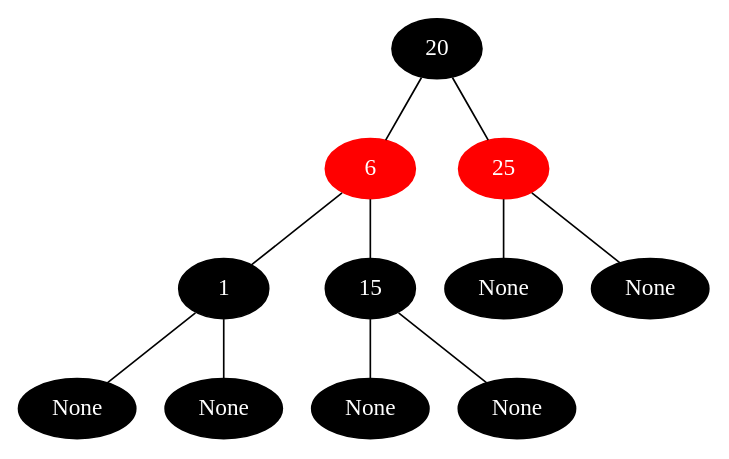
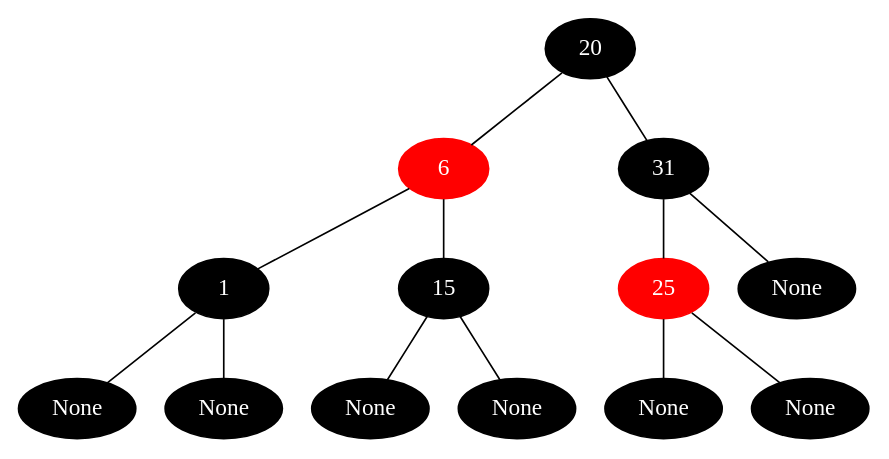
Before and after one commit to UofA522/Project2: the diagram in rbt_after_delete.dot, drawn with Graphviz. The commit also changed 3 other files, not shown here.

```diff
--- a/rbt_after_delete.dot
+++ b/rbt_after_delete.dot
@@ -1,23 +1,27 @@
 graph {
 	 0 [label="20", color=black, style=filled, fontcolor=white];
 	 1 [label="6", color=red, style=filled, fontcolor=white];
 	 2 [label="1", color=black, style=filled, fontcolor=white];
 	 3 [label="None", color=black, style=filled, fontcolor=white];
 	 4 [label="None", color=black, style=filled, fontcolor=white];
 	 5 [label="15", color=black, style=filled, fontcolor=white];
 	 6 [label="None", color=black, style=filled, fontcolor=white];
 	 7 [label="None", color=black, style=filled, fontcolor=white];
-	 8 [label="25", color=red, style=filled, fontcolor=white];
-	 9 [label="None", color=black, style=filled, fontcolor=white];
+	 8 [label="31", color=black, style=filled, fontcolor=white];
+	 9 [label="25", color=red, style=filled, fontcolor=white];
 	 10 [label="None", color=black, style=filled, fontcolor=white];
+	 11 [label="None", color=black, style=filled, fontcolor=white];
+	 12 [label="None", color=black, style=filled, fontcolor=white];
 	 0 -- 1;
 	 1 -- 2;
 	 2 -- 3;
 	 2 -- 4;
 	 1 -- 5;
 	 5 -- 6;
 	 5 -- 7;
 	 0 -- 8;
 	 8 -- 9;
-	 8 -- 10;
+	 9 -- 10;
+	 9 -- 11;
+	 8 -- 12;
 }
```
